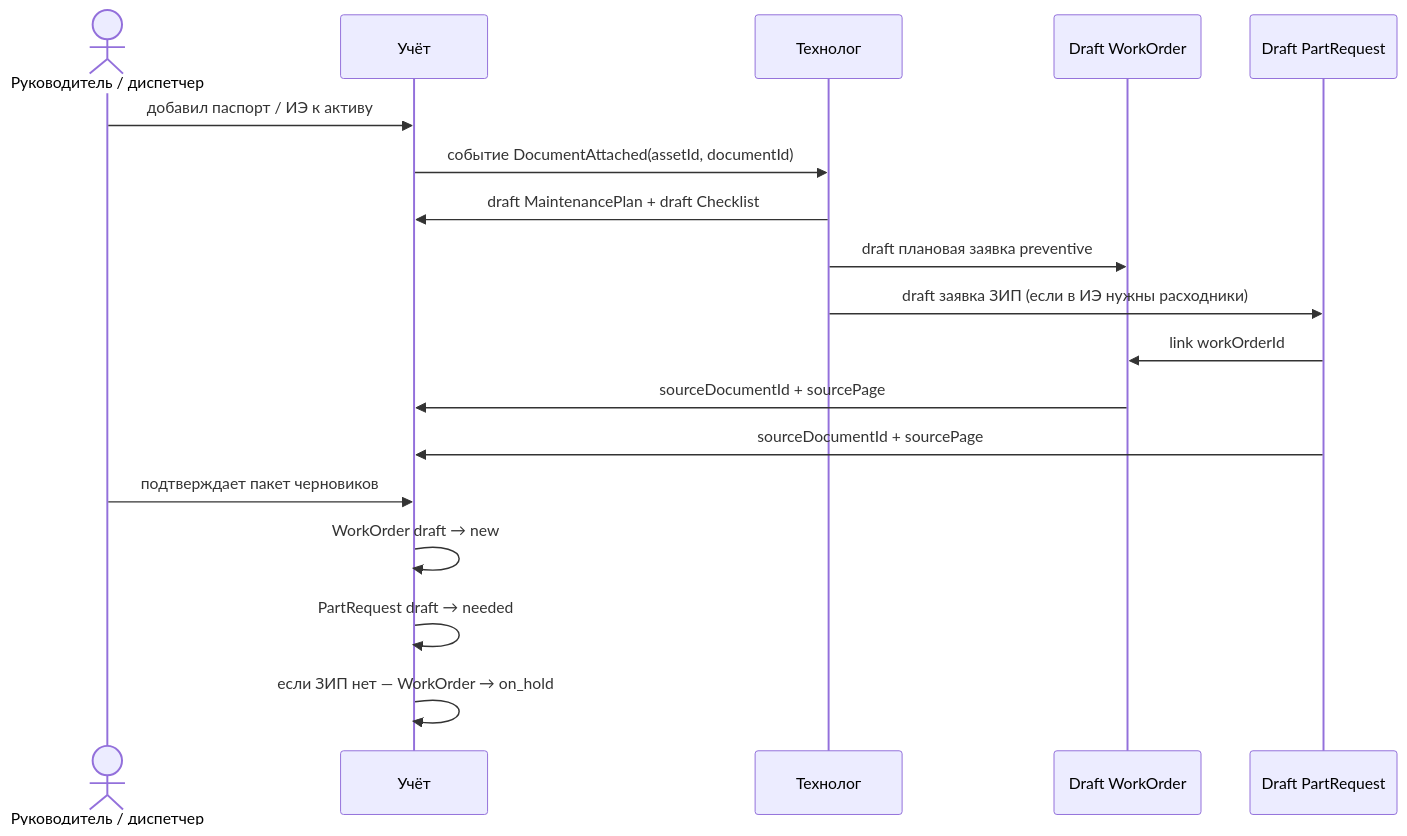
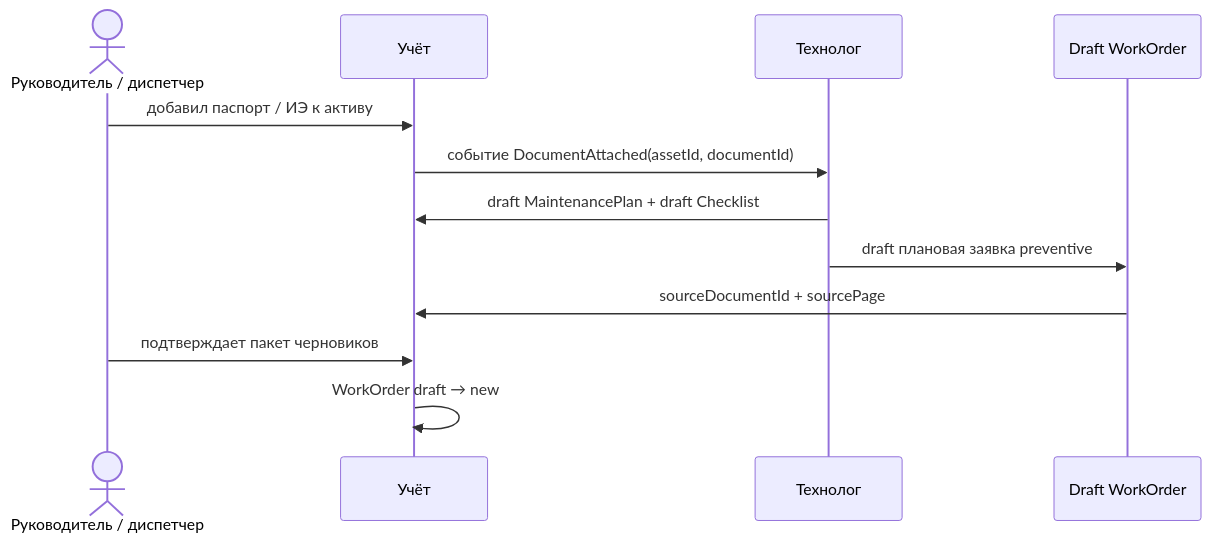
One commit to masterdoc-app/masterdoc changed the seventh of 7 diagrams in TOIR_AI_SYSTEM_DESIGN.md. Above: the diagram before and after it, drawn with Mermaid. The commit also changed other lines of this file, not shown here.

````diff
--- a/TOIR_AI_SYSTEM_DESIGN.md
+++ b/TOIR_AI_SYSTEM_DESIGN.md
@@ -514,21 +416,15 @@
 ```mermaid
 sequenceDiagram
   actor A as Руководитель / диспетчер
   participant S as Учёт
   participant T as Технолог
   participant W as Draft WorkOrder
-  participant P as Draft PartRequest
 
   A->>S: добавил паспорт / ИЭ к активу
   S->>T: событие DocumentAttached(assetId, documentId)
   T->>S: draft MaintenancePlan + draft Checklist
   T->>W: draft плановая заявка preventive
-  T->>P: draft заявка ЗИП (если в ИЭ нужны расходники)
-  P->>W: link workOrderId
   W->>S: sourceDocumentId + sourcePage
-  P->>S: sourceDocumentId + sourcePage
   A->>S: подтверждает пакет черновиков
   S->>S: WorkOrder draft → new
-  S->>S: PartRequest draft → needed
-  S->>S: если ЗИП нет — WorkOrder → on_hold
 ```
````
